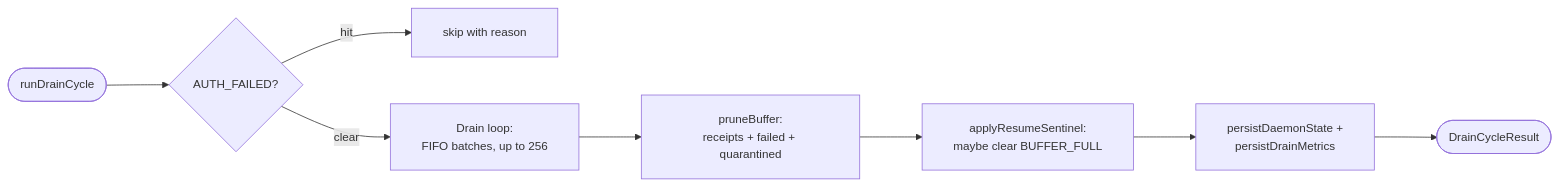
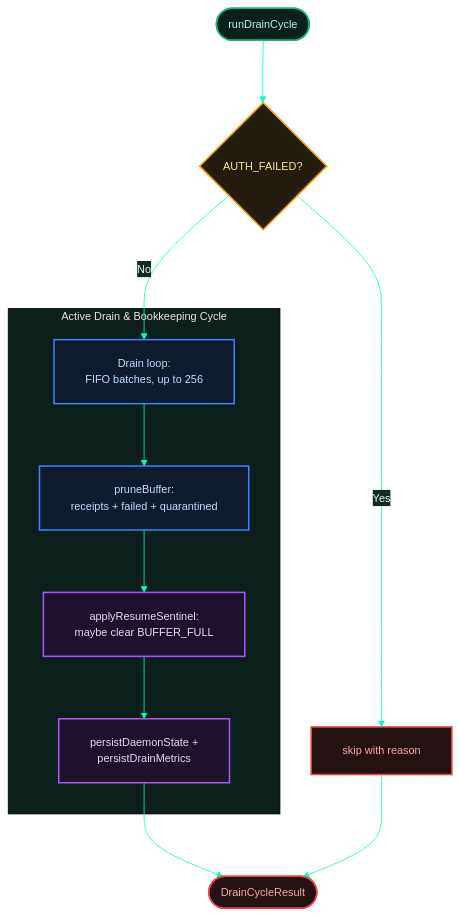
One commit to proxai/proxai_gateway changed the first of 3 diagrams in docs/04-daemon-loops/4.2-drain-cycle.md. Above: the diagram before and after it, drawn with Mermaid. The commit also changed other lines of this file and 65 other files, not shown here.

````diff
--- a/docs/04-daemon-loops/4.2-drain-cycle.md
+++ b/docs/04-daemon-loops/4.2-drain-cycle.md
@@ -11,12 +13,41 @@
 ```mermaid
-%%{init: {'flowchart': {'useMaxWidth': false, 'htmlLabels': true, 'curve': 'basis', 'nodeSpacing': 60, 'rankSpacing': 80, 'padding': 20}, 'sequence': {'useMaxWidth': false, 'mirrorActors': false, 'actorMargin': 100, 'messageMargin': 50, 'boxMargin': 20, 'wrap': true}, 'stateDiagram': {'useMaxWidth': false, 'nodeSpacing': 60, 'rankSpacing': 80}, 'themeVariables': {'fontSize': '15px'}}}%%
-flowchart LR
+%%{init:{"flowchart":{"useMaxWidth":false,"htmlLabels":true,"curve":"basis","nodeSpacing":60,"rankSpacing":80,"padding":20},"theme":"base","themeVariables":{"background":"#081612","primaryColor":"#081612","primaryTextColor":"#e2f8f5","primaryBorderColor":"#00ffc4","lineColor":"#00ffc4","secondaryColor":"#122a24","tertiaryColor":"#0d1f1a","fontSize":"14px"}}}%%
+flowchart TD
   start([runDrainCycle])
-  start --> gate{AUTH_FAILED?}
-  gate -->|hit| skip[skip with reason]
-  gate -->|clear| loop[Drain loop:<br/>FIFO batches, up to 256]
-  loop --> prune[pruneBuffer:<br/>receipts + failed + quarantined]
-  prune --> resume[applyResumeSentinel:<br/>maybe clear BUFFER_FULL]
-  resume --> persist[persistDaemonState +<br/>persistDrainMetrics]
-  persist --> done([DrainCycleResult])
+  gate{AUTH_FAILED?}
+  skip[skip with reason]
+
+  subgraph Cycle ["Active Drain & Bookkeeping Cycle"]
+    loop[Drain loop:<br/>FIFO batches, up to 256]
+    prune[pruneBuffer:<br/>receipts + failed + quarantined]
+    resume[applyResumeSentinel:<br/>maybe clear BUFFER_FULL]
+    persist[persistDaemonState +<br/>persistDrainMetrics]
+  end
+
+  done([DrainCycleResult])
+
+  start --> gate
+  gate -->|Yes| skip
+  gate -->|No| loop
+  loop --> prune
+  prune --> resume
+  resume --> persist
+  persist --> done
+  skip --> done
+
+  classDef startNode fill:#0a201b,stroke:#10b981,stroke-width:2px,color:#b3f5e6;
+  classDef stopNode fill:#241212,stroke:#ef4444,stroke-width:2px,color:#fca5a5;
+  classDef decNode fill:#241c0e,stroke:#f59e0b,stroke-width:2px,color:#fde68a;
+  classDef processNode fill:#0d1b2d,stroke:#3b82f6,stroke-width:2px,color:#bfdbfe;
+  classDef actionNode fill:#1e112c,stroke:#a855f7,stroke-width:2px,color:#e9d5ff;
+  classDef default fill:#0a201b,stroke:#14b8a6,stroke-width:2px,color:#ccfbf1;
+
+  class start startNode;
+  class gate decNode;
+  class skip stopNode;
+  class loop processNode;
+  class prune processNode;
+  class resume actionNode;
+  class persist actionNode;
+  class done stopNode;
 ```
````
